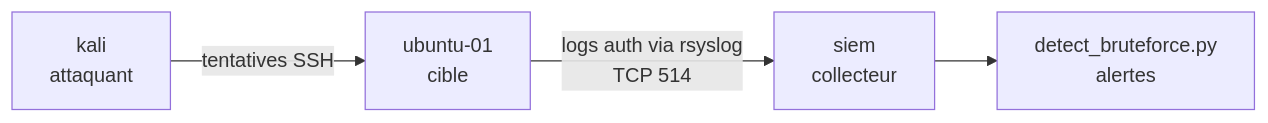
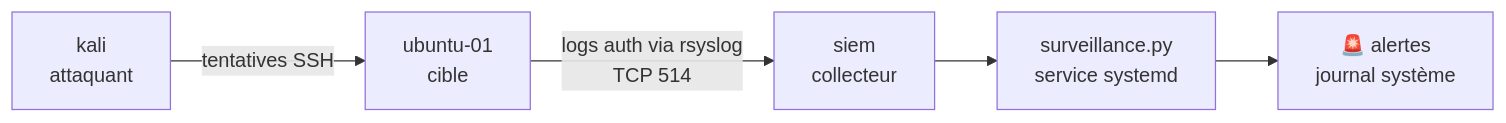
The diagram in README.md (rkaseya/mini-siem), drawn with Mermaid before and after one commit. The commit also changed other lines of this file and 2 other files, not shown here.

Commit message:
Service systemd + mise à jour du README

````diff
--- a/README.md
+++ b/README.md
@@ -19,6 +19,7 @@
 ```mermaid
 flowchart LR
     K[kali<br/>attaquant] -- tentatives SSH --> U[ubuntu-01<br/>cible]
     U -- logs auth via rsyslog<br/>TCP 514 --> S[siem<br/>collecteur]
-    S --> D[detect_bruteforce.py<br/>alertes]
+    S --> D[surveillance.py<br/>service systemd]
+    D --> A[🚨 alertes<br/>journal système]
 ```
````
